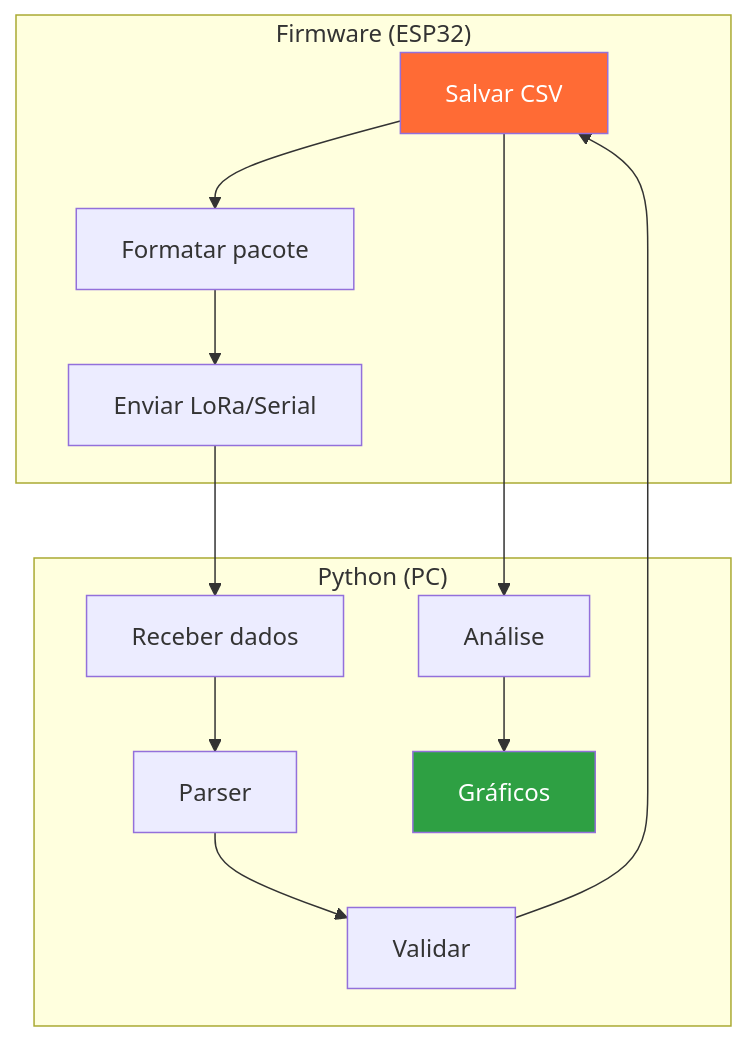
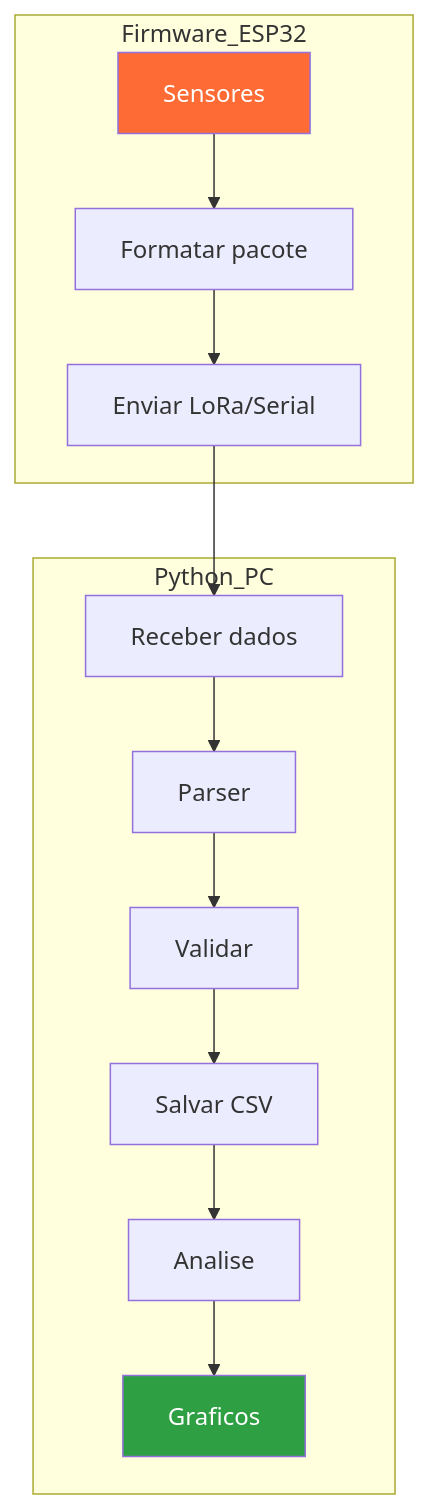
Before and after one commit to ViniciusCMB/telemetry-trainee-program: the second of 2 diagrams in docs/trilhas/python.md, drawn with Mermaid. The commit also changed other lines of this file and 8 other files, not shown here.

First line of the commit message:
fix: corrige syntaxe Mermaid flowcharts para exibicao web

````diff
--- a/docs/trilhas/python.md
+++ b/docs/trilhas/python.md
@@ -35,20 +35,20 @@
 ```mermaid
 flowchart TD
-    subgraph "Firmware (ESP32)"
+    subgraph Firmware_ESP32
         S[Sensores] --> F[Formatar pacote]
         F --> L[Enviar LoRa/Serial]
     end
     
-    subgraph "Python (PC)"
+    subgraph Python_PC
         R[Receber dados] --> P[Parser]
         P --> V[Validar]
-        V --> S[Salvar CSV]
-        S --> A[Análise]
-        A --> G[Gráficos]
+        V --> S2[Salvar CSV]
+        S2 --> A[Analise]
+        A --> G[Graficos]
     end
     
     L --> R
     
     style S fill:#ff6b35,color:#fff
     style G fill:#2ea043,color:#fff
 ```
````
